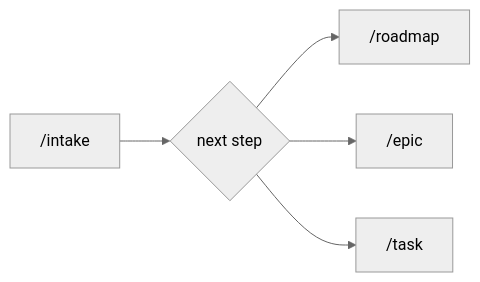
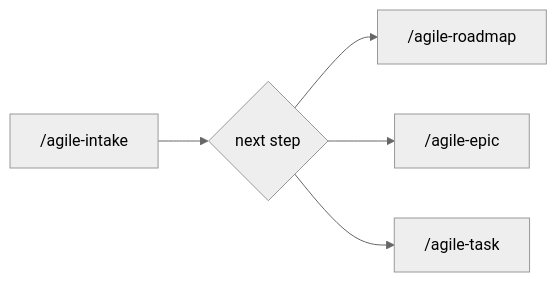
Before and after one commit to djalmajr/essential-skills: the diagram in skills/agile-intake/SKILL.md, drawn with Mermaid (neutral theme). The commit also changed other lines of this file and 16 other files, not shown here.

````diff
--- a/skills/agile-intake/SKILL.md
+++ b/skills/agile-intake/SKILL.md
@@ -113,7 +113,7 @@
 ```mermaid
 flowchart LR
-    A["/intake"] --> B{next step}
-    B --> C["/roadmap"]
-    B --> D["/epic"]
-    B --> E["/task"]
+    A["/agile-intake"] --> B{next step}
+    B --> C["/agile-roadmap"]
+    B --> D["/agile-epic"]
+    B --> E["/agile-task"]
 ```
````
